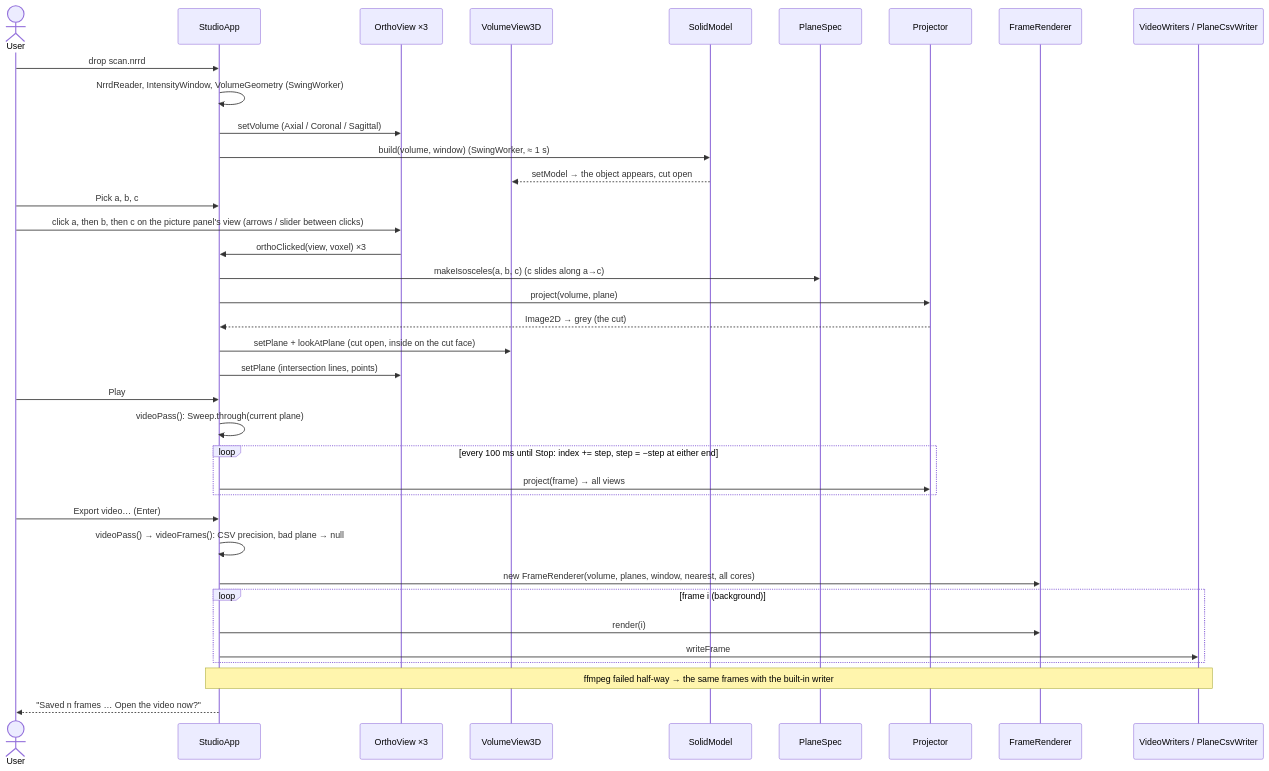
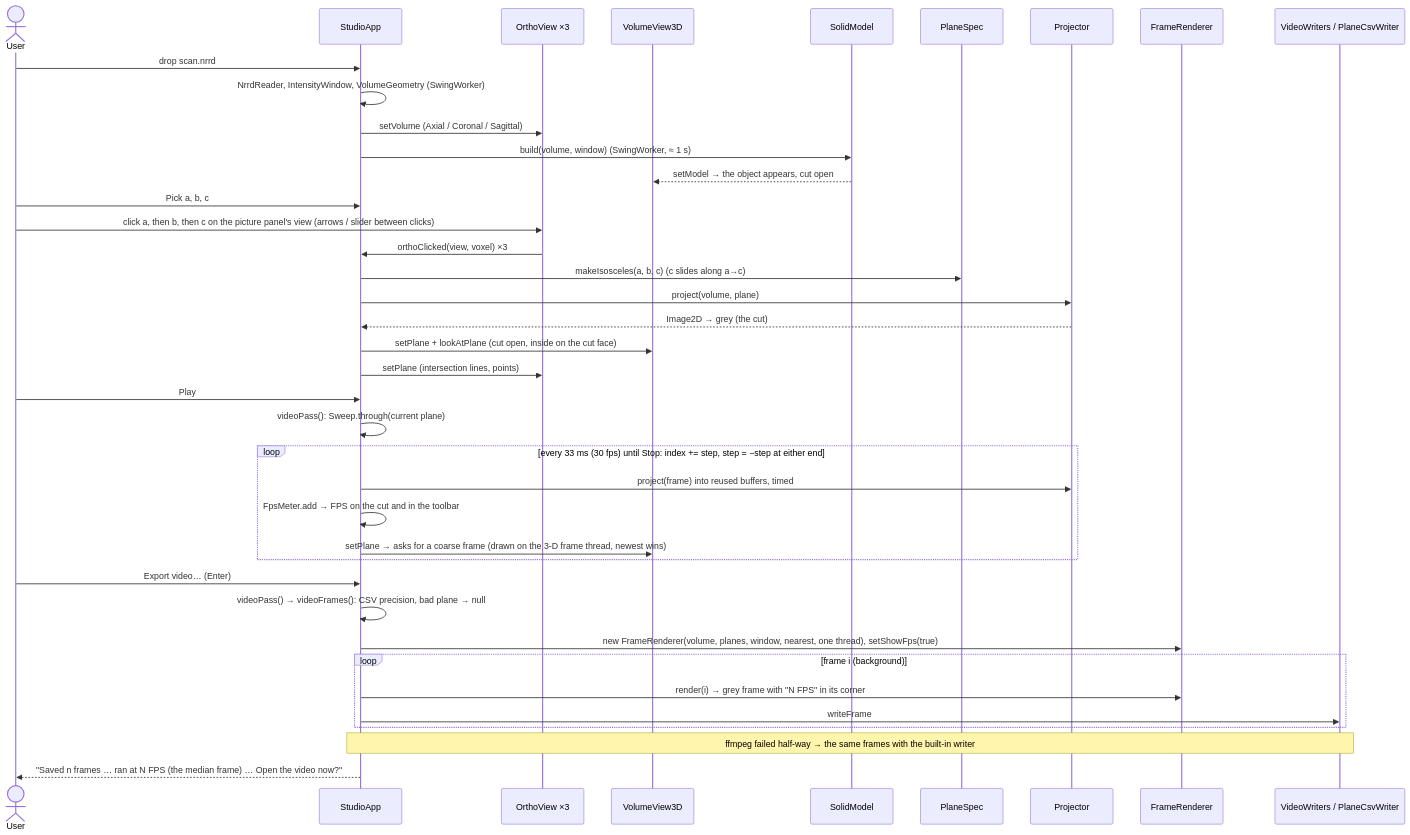
One commit to NoamTheGolem/Intro2SE_Ex1 changed the sixth of 6 diagrams in docs/SDD.md. Above: the diagram before and after it, drawn with Mermaid. The commit also changed other lines of this file and 13 other files, not shown here.

````diff
--- a/docs/SDD.md
+++ b/docs/SDD.md
@@ -348,39 +383,41 @@
 ```mermaid
 sequenceDiagram
     actor U as User
     participant S as StudioApp
     participant O as OrthoView ×3
     participant V3 as VolumeView3D
     participant M as SolidModel
     participant PS as PlaneSpec
     participant P as Projector
     participant R as FrameRenderer
     participant W as VideoWriters / PlaneCsvWriter
     U->>S: drop scan.nrrd
     S->>S: NrrdReader, IntensityWindow, VolumeGeometry (SwingWorker)
     S->>O: setVolume (Axial / Coronal / Sagittal)
     S->>M: build(volume, window) (SwingWorker, ≈ 1 s)
     M-->>V3: setModel → the object appears, cut open
     U->>S: Pick a, b, c
     U->>O: click a, then b, then c on the picture panel's view (arrows / slider between clicks)
     O->>S: orthoClicked(view, voxel) ×3
     S->>PS: makeIsosceles(a, b, c)  (c slides along a→c)
     S->>P: project(volume, plane)
     P-->>S: Image2D → grey (the cut)
     S->>V3: setPlane + lookAtPlane (cut open, inside on the cut face)
     S->>O: setPlane (intersection lines, points)
     U->>S: Play
     S->>S: videoPass(): Sweep.through(current plane)
-    loop every 100 ms until Stop: index += step, step = −step at either end
-        S->>P: project(frame) → all views
+    loop every 33 ms (30 fps) until Stop: index += step, step = −step at either end
+        S->>P: project(frame) into reused buffers, timed
+        S->>S: FpsMeter.add → FPS on the cut and in the toolbar
+        S->>V3: setPlane → asks for a coarse frame (drawn on the 3-D frame thread, newest wins)
     end
     U->>S: Export video… (Enter)
     S->>S: videoPass() → videoFrames(): CSV precision, bad plane → null
-    S->>R: new FrameRenderer(volume, planes, window, nearest, all cores)
+    S->>R: new FrameRenderer(volume, planes, window, nearest, one thread), setShowFps(true)
     loop frame i (background)
-        S->>R: render(i)
+        S->>R: render(i) → grey frame with "N FPS" in its corner
         S->>W: writeFrame
     end
     Note over S,W: ffmpeg failed half-way → the same frames with the built-in writer
-    S-->>U: "Saved n frames … Open the video now?"
+    S-->>U: "Saved n frames … ran at N FPS (the median frame) … Open the video now?"
 ```
````
